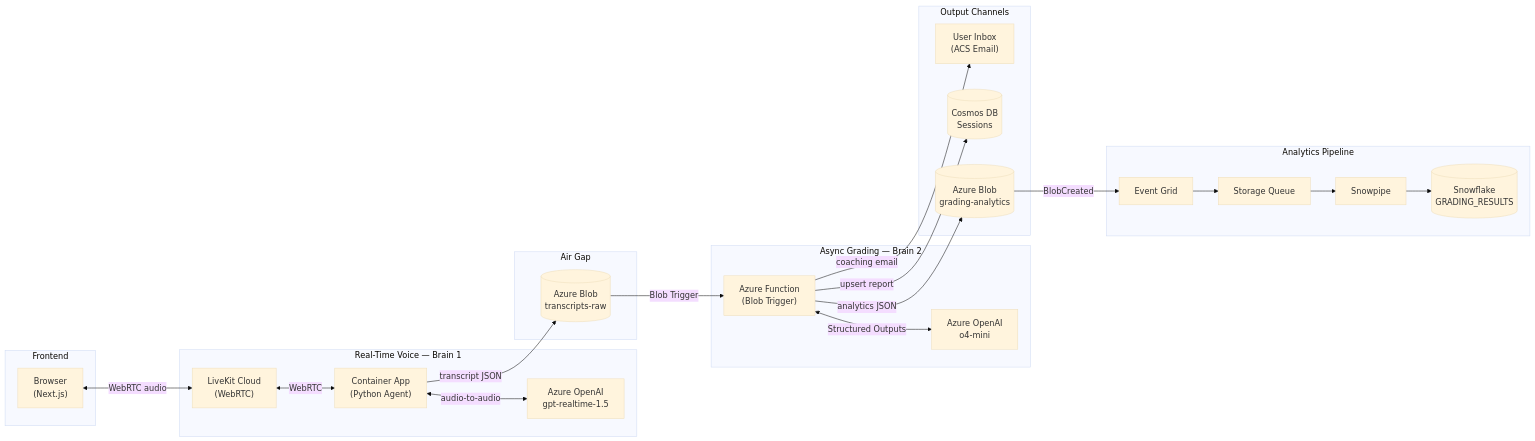
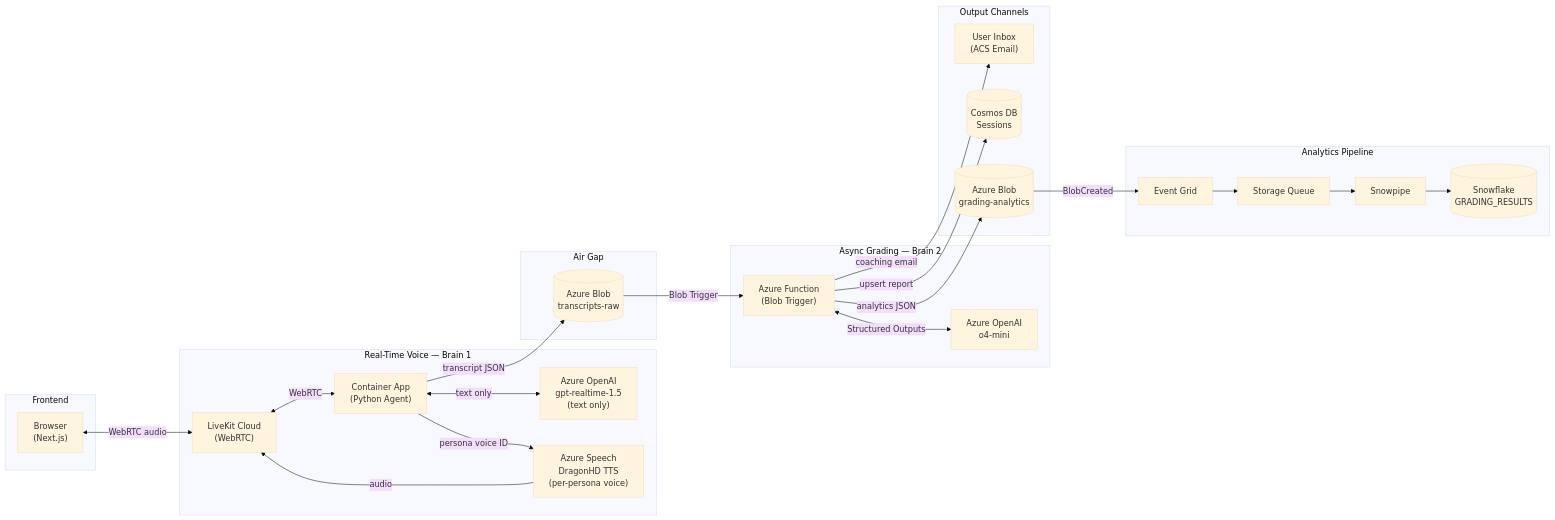
One commit to AIJSAI/pitch-coach-voice-ai-showcase changed the diagram in README.md. Above: the diagram before and after it, drawn with Mermaid (base theme). The commit also changed other lines of this file and 1 other file, not shown here.

````diff
--- a/README.md
+++ b/README.md
@@ -26,48 +26,51 @@
 ```mermaid
 flowchart LR
     subgraph Frontend
         User["Browser\n(Next.js)"]
     end
 
     subgraph Voice["Real-Time Voice — Brain 1"]
         LK["LiveKit Cloud\n(WebRTC)"]
         B1["Container App\n(Python Agent)"]
-        RT["Azure OpenAI\ngpt-realtime-1.5"]
+        RT["Azure OpenAI\ngpt-realtime-1.5\n(text only)"]
+        TTS["Azure Speech\nDragonHD TTS\n(per-persona voice)"]
     end
 
     subgraph AirGap["Air Gap"]
         Blob[(Azure Blob\ntranscripts-raw)]
     end
 
     subgraph Grading["Async Grading — Brain 2"]
         B2["Azure Function\n(Blob Trigger)"]
         O4["Azure OpenAI\no4-mini"]
     end
 
     subgraph Output["Output Channels"]
         Email["User Inbox\n(ACS Email)"]
         Cosmos[(Cosmos DB\nSessions)]
         Analytics[(Azure Blob\ngrading-analytics)]
     end
 
     subgraph DP["Analytics Pipeline"]
         EG["Event Grid"]
         SQ["Storage Queue"]
         SP["Snowpipe"]
         SF[("Snowflake\nGRADING_RESULTS")]
     end
 
     User <-->|WebRTC audio| LK
     LK <-->|WebRTC| B1
-    B1 <-->|audio-to-audio| RT
+    B1 <-->|text only| RT
+    B1 -->|persona voice ID| TTS
+    TTS -->|audio| LK
     B1 -->|transcript JSON| Blob
     Blob -->|Blob Trigger| B2
     B2 <-->|Structured Outputs| O4
     B2 -->|coaching email| Email
     B2 -->|upsert report| Cosmos
     B2 -->|analytics JSON| Analytics
     Analytics -->|BlobCreated| EG
     EG --> SQ
     SQ --> SP
     SP --> SF
 ```
````
